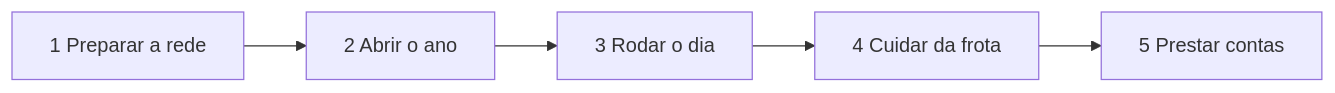
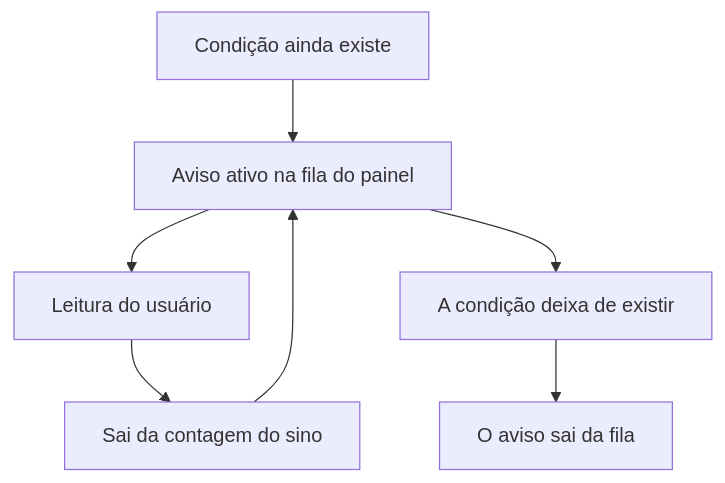
One commit to i-Educar/i-educar-transporte-escolar-v2-package changed the first of 6 diagrams in docs/FLUXOS.md. Above: the diagram before and after it, drawn with Mermaid. The commit also changed other lines of this file and 26 other files, not shown here.

````diff
--- a/docs/FLUXOS.md
+++ b/docs/FLUXOS.md
@@ -9,7 +20,9 @@
 ```mermaid
-flowchart LR
-    A["1 Preparar a rede"] --> B["2 Abrir o ano"]
-    B --> C["3 Rodar o dia"]
-    C --> D["4 Cuidar da frota"]
-    D --> E["5 Prestar contas"]
+flowchart TD
+    A["Condição ainda existe"] --> B["Aviso ativo na fila do painel"]
+    B --> C["Leitura do usuário"]
+    C --> D["Sai da contagem do sino"]
+    D --> B
+    B --> E["A condição deixa de existir"]
+    E --> F["O aviso sai da fila"]
 ```
````
